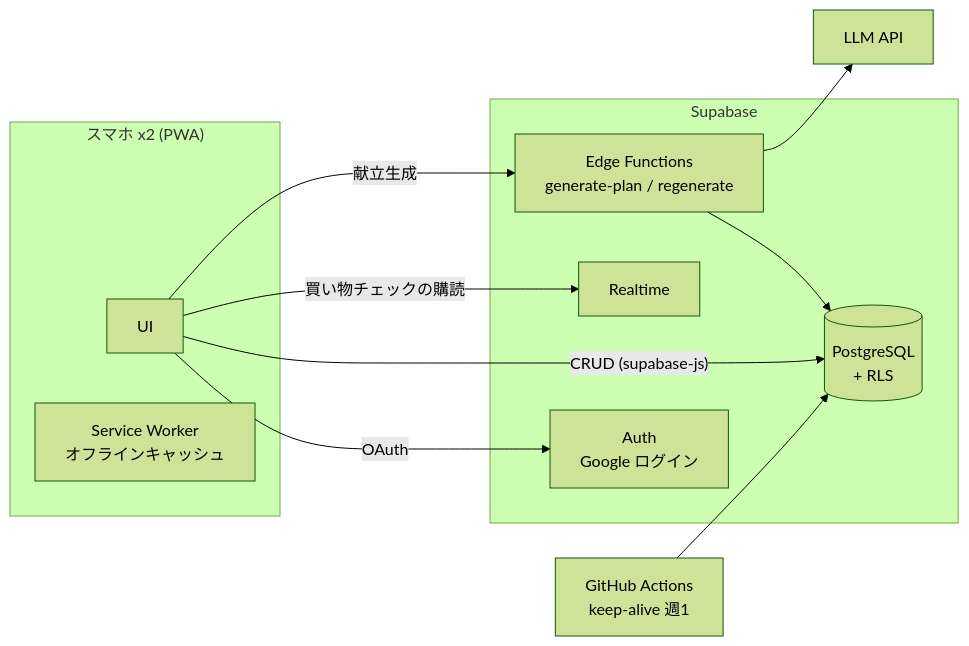
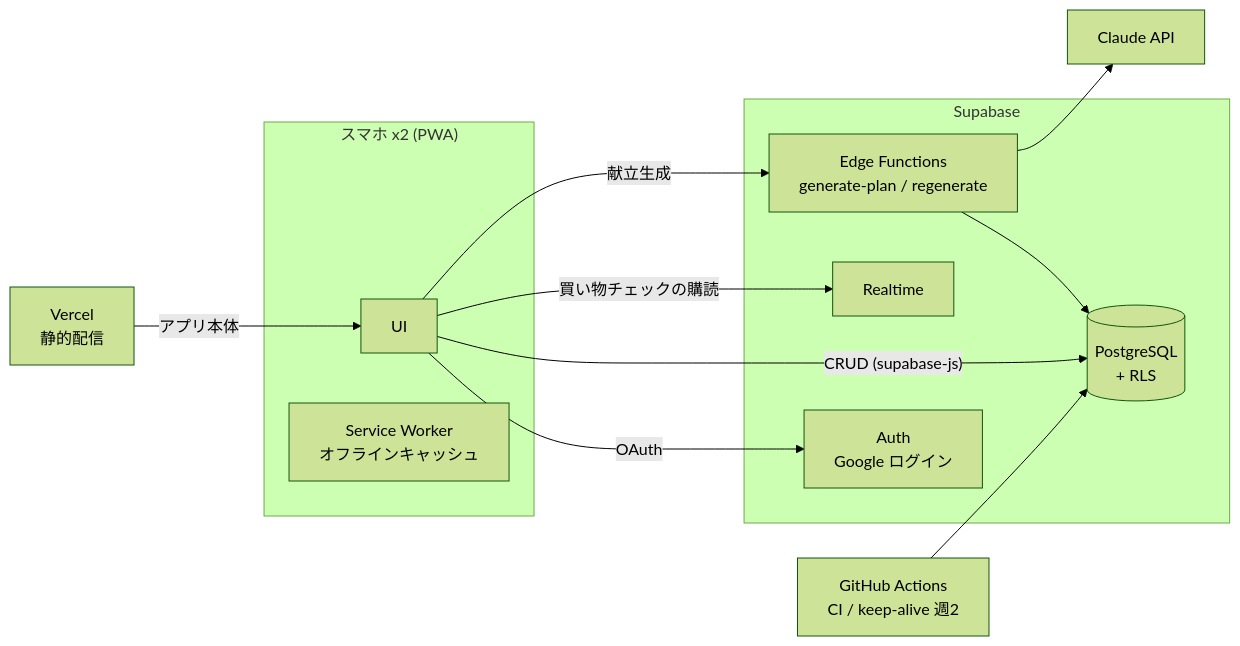
Before and after one commit to koshio123/kondate-app: the first of 5 diagrams in docs/02_design.md, drawn with Mermaid (forest theme). The commit also changed other lines of this file and 5 other files, not shown here.

````diff
--- a/docs/02_design.md
+++ b/docs/02_design.md
@@ -14,25 +14,27 @@
 ```mermaid
 flowchart LR
   subgraph Phone["スマホ x2 (PWA)"]
     UI[UI]
     SW[Service Worker<br/>オフラインキャッシュ]
   end
 
   subgraph Supabase
     Auth[Auth<br/>Google ログイン]
     DB[(PostgreSQL<br/>+ RLS)]
     RT[Realtime]
     EF[Edge Functions<br/>generate-plan / regenerate]
   end
 
-  LLM[LLM API]
-  GH[GitHub Actions<br/>keep-alive 週1]
+  Vercel[Vercel<br/>静的配信]
+  LLM[Claude API]
+  GH[GitHub Actions<br/>CI / keep-alive 週2]
 
+  Vercel -- アプリ本体 --> UI
   UI -- OAuth --> Auth
   UI -- CRUD (supabase-js) --> DB
   UI -- 買い物チェックの購読 --> RT
   UI -- 献立生成 --> EF
   EF --> DB
   EF --> LLM
   GH --> DB
 ```
````
